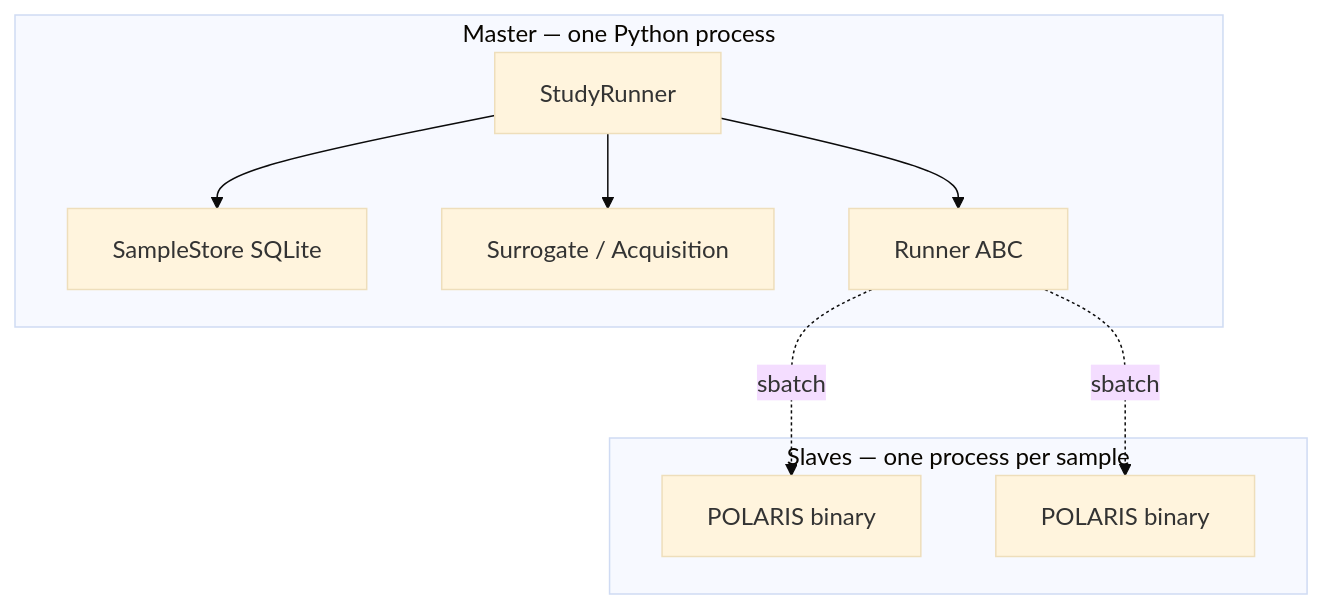
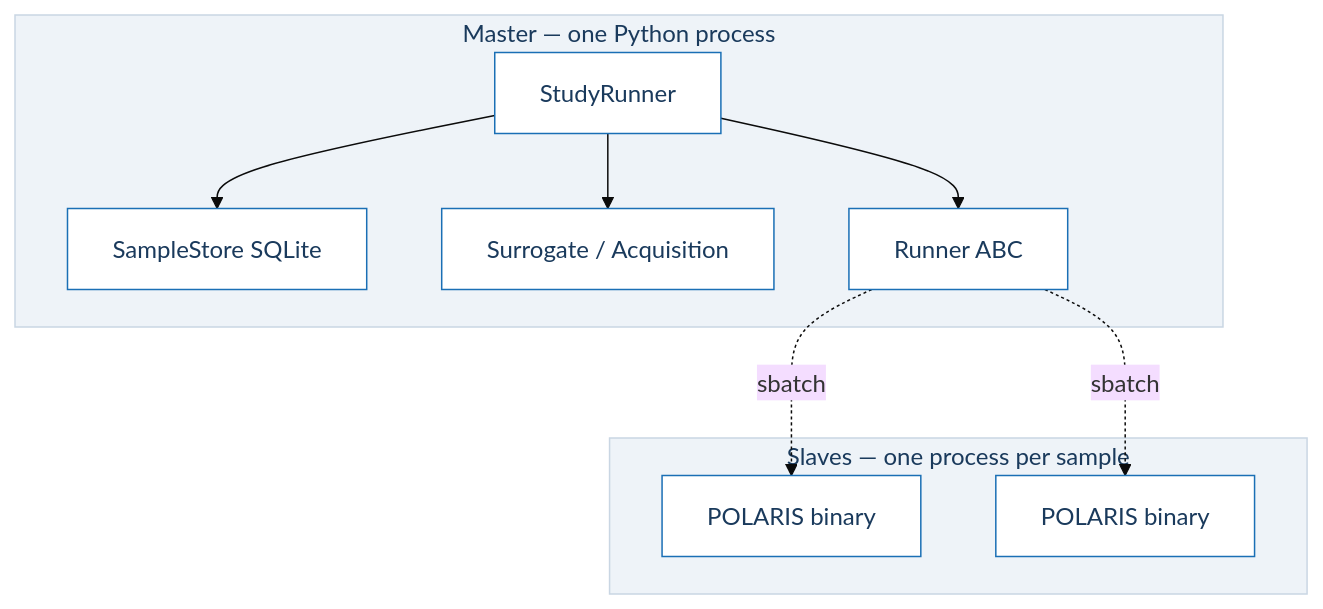
Before and after one commit to VadimSokolov/polarisopt: the second of 2 diagrams in taxidemo/slides/pug-2026.qmd, drawn with Mermaid (base theme). The commit also changed other lines of this file and 4 other files, not shown here.

First line of the commit message:
taxidemo: add figures to PUG 2026 deck, light mermaid theme, drop internal model name

````diff
--- a/taxidemo/slides/pug-2026.qmd
+++ b/taxidemo/slides/pug-2026.qmd
@@ -141,19 +146,24 @@
 ```{mermaid}
 %%| fig-width: 6
 graph TB
     subgraph M["Master — one Python process"]
         SS[SampleStore SQLite]
         SR[StudyRunner]
         GP[Surrogate / Acquisition]
         RN[Runner ABC]
     end
     subgraph SL["Slaves — one process per sample"]
         P1[POLARIS binary]
         P2[POLARIS binary]
     end
     SR --> SS
     SR --> GP
     SR --> RN
     RN -. sbatch .-> P1
     RN -. sbatch .-> P2
+
+    classDef box fill:#ffffff,stroke:#1a6fb5,stroke-width:1px,color:#1a3a5c;
+    class SS,SR,GP,RN,P1,P2 box;
+    style M fill:#eef3f8,stroke:#c9d6e3,stroke-width:1px,color:#1a3a5c;
+    style SL fill:#eef3f8,stroke:#c9d6e3,stroke-width:1px,color:#1a3a5c;
 ```
````
